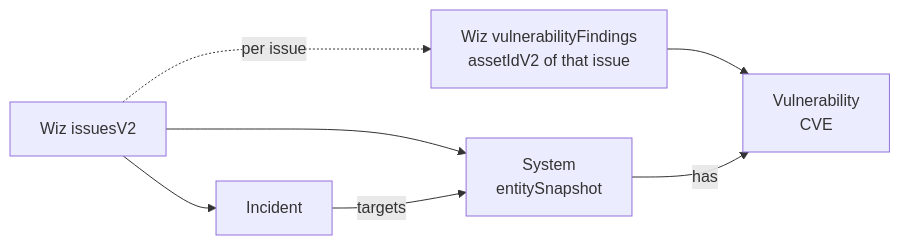
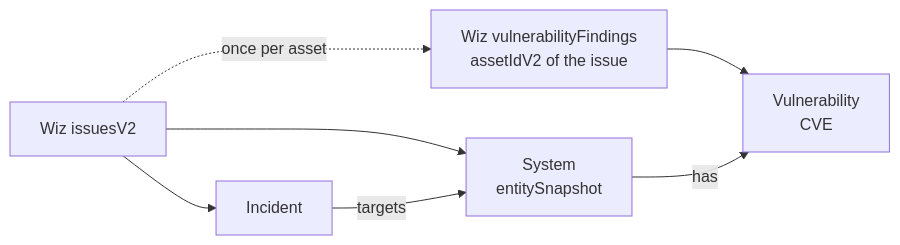
The second of 2 diagrams in external-import/wiz-cloud/README.md (OpenCTI-Platform/connectors), drawn with Mermaid before and after one commit. The commit also changed other lines of this file, not shown here.

````diff
--- a/external-import/wiz-cloud/README.md
+++ b/external-import/wiz-cloud/README.md
@@ -79,9 +79,9 @@
 ```mermaid
 graph LR
     A[Wiz issuesV2] --> B[Incident]
     A --> S[System<br/>entitySnapshot]
     B -- targets --> S
-    A -. per issue .-> F[Wiz vulnerabilityFindings<br/>assetIdV2 of that issue]
+    A -. once per asset .-> F[Wiz vulnerabilityFindings<br/>assetIdV2 of the issue]
     F --> V[Vulnerability<br/>CVE]
     S -- has --> V
 ```
````
